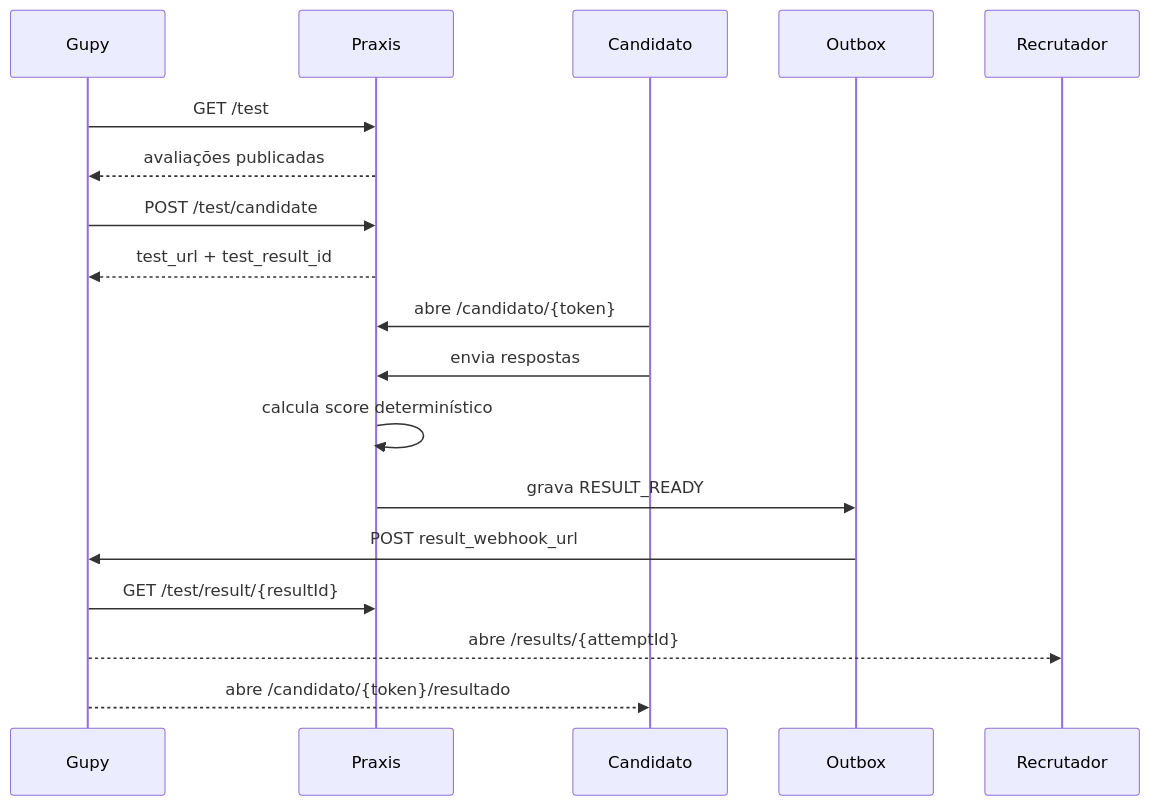
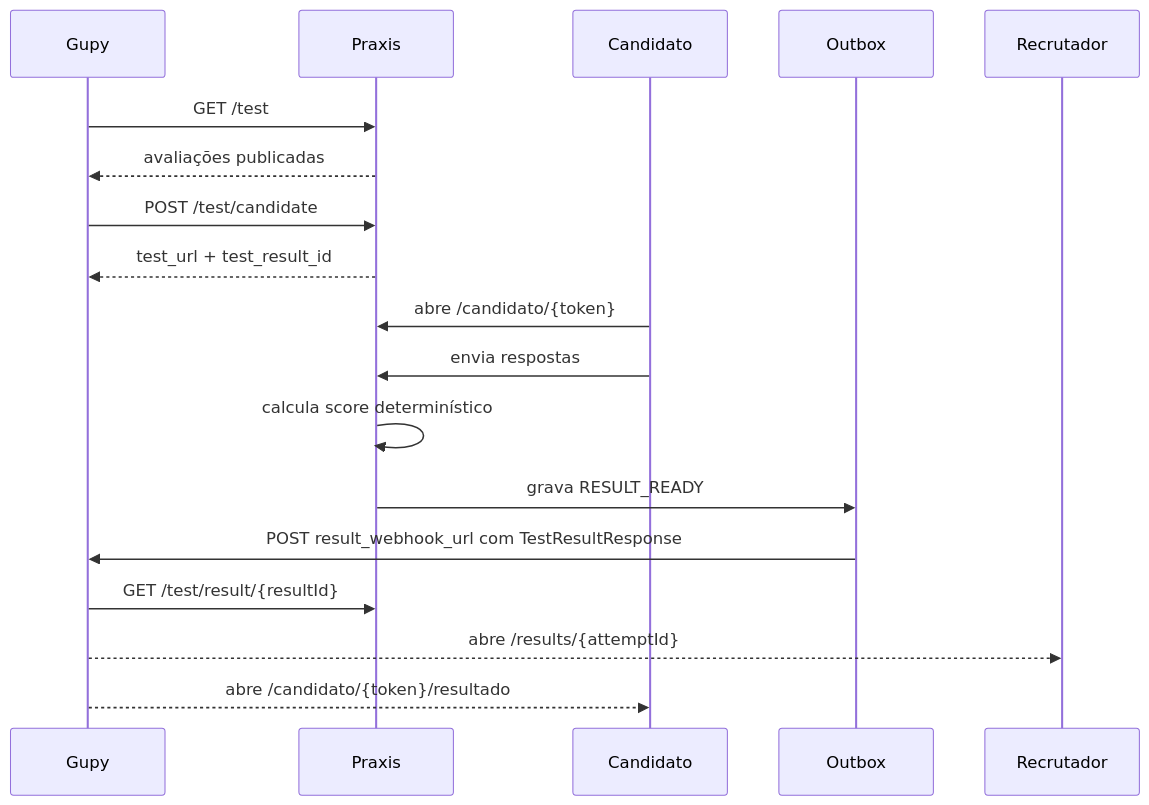
The first of 2 diagrams in docs/INTEGRACAO-GUPY-PROVEDOR.md (diogo2806/praxis), drawn with Mermaid before and after one commit. The commit also changed other lines of this file, not shown here.

Commit message:
docs: registrar contrato oficial de resultado Gupy

````diff
--- a/docs/INTEGRACAO-GUPY-PROVEDOR.md
+++ b/docs/INTEGRACAO-GUPY-PROVEDOR.md
@@ -223,20 +222,20 @@
 ```mermaid
 sequenceDiagram
   participant Gupy
   participant Praxis
   participant Candidato
   participant Outbox
 
   Gupy->>Praxis: GET /test
   Praxis-->>Gupy: avaliações publicadas
   Gupy->>Praxis: POST /test/candidate
   Praxis-->>Gupy: test_url + test_result_id
   Candidato->>Praxis: abre /candidato/{token}
   Candidato->>Praxis: envia respostas
   Praxis->>Praxis: calcula score determinístico
   Praxis->>Outbox: grava RESULT_READY
-  Outbox->>Gupy: POST result_webhook_url
+  Outbox->>Gupy: POST result_webhook_url com TestResultResponse
   Gupy->>Praxis: GET /test/result/{resultId}
   Gupy-->>Recrutador: abre /results/{attemptId}
   Gupy-->>Candidato: abre /candidato/{token}/resultado
 ```
````
